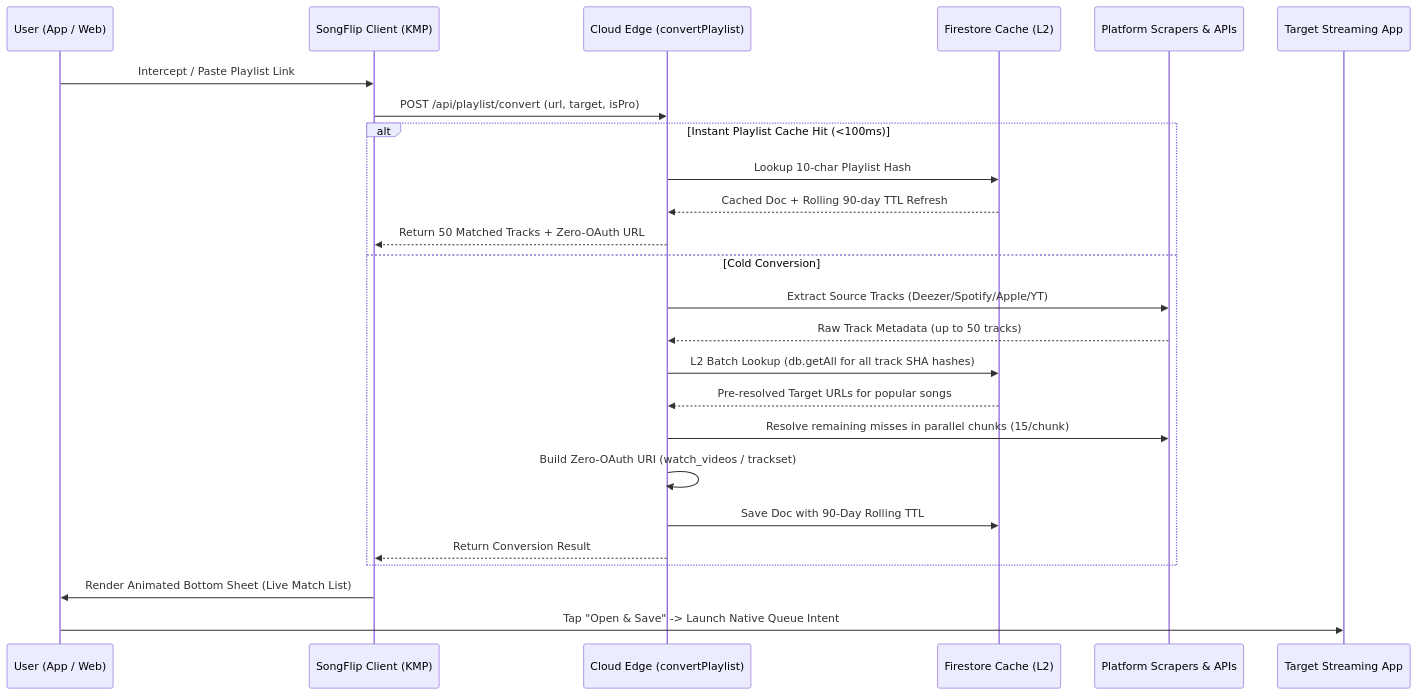
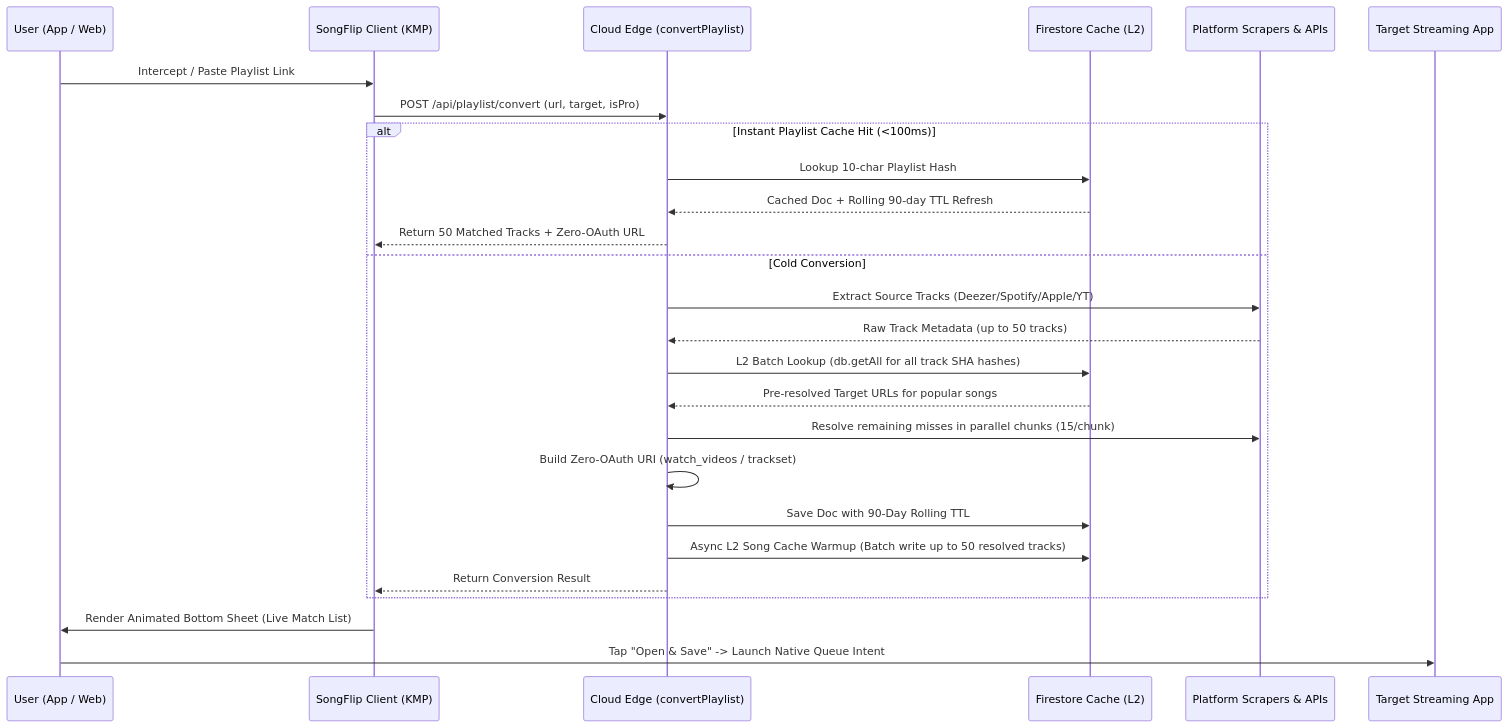
The second of 2 diagrams in ARCHITECTURE.md (thefraggle/songflip), drawn with Mermaid before and after one commit. The commit also changed other lines of this file, not shown here.

Commit message:
docs(architecture): document automatic L2 song cache swarm warmup in playlist pipeline

````diff
--- a/ARCHITECTURE.md
+++ b/ARCHITECTURE.md
@@ -94,30 +94,31 @@
 ```mermaid
 sequenceDiagram
     participant User as User (App / Web)
     participant Client as SongFlip Client (KMP)
     participant Edge as Cloud Edge (convertPlaylist)
     participant Cache as Firestore Cache (L2)
     participant Scraper as Platform Scrapers & APIs
     participant Target as Target Streaming App
 
     User->>Client: Intercept / Paste Playlist Link
     Client->>Edge: POST /api/playlist/convert (url, target, isPro)
     
     alt Instant Playlist Cache Hit (<100ms)
         Edge->>Cache: Lookup 10-char Playlist Hash
         Cache-->>Edge: Cached Doc + Rolling 90-day TTL Refresh
         Edge-->>Client: Return 50 Matched Tracks + Zero-OAuth URL
     else Cold Conversion
         Edge->>Scraper: Extract Source Tracks (Deezer/Spotify/Apple/YT)
         Scraper-->>Edge: Raw Track Metadata (up to 50 tracks)
         Edge->>Cache: L2 Batch Lookup (db.getAll for all track SHA hashes)
         Cache-->>Edge: Pre-resolved Target URLs for popular songs
         Edge->>Scraper: Resolve remaining misses in parallel chunks (15/chunk)
         Edge->>Edge: Build Zero-OAuth URI (watch_videos / trackset)
         Edge->>Cache: Save Doc with 90-Day Rolling TTL
+        Edge->>Cache: Async L2 Song Cache Warmup (Batch write up to 50 resolved tracks)
         Edge-->>Client: Return Conversion Result
     end
 
     Client->>User: Render Animated Bottom Sheet (Live Match List)
     User->>Target: Tap "Open & Save" -> Launch Native Queue Intent
 ```
````
